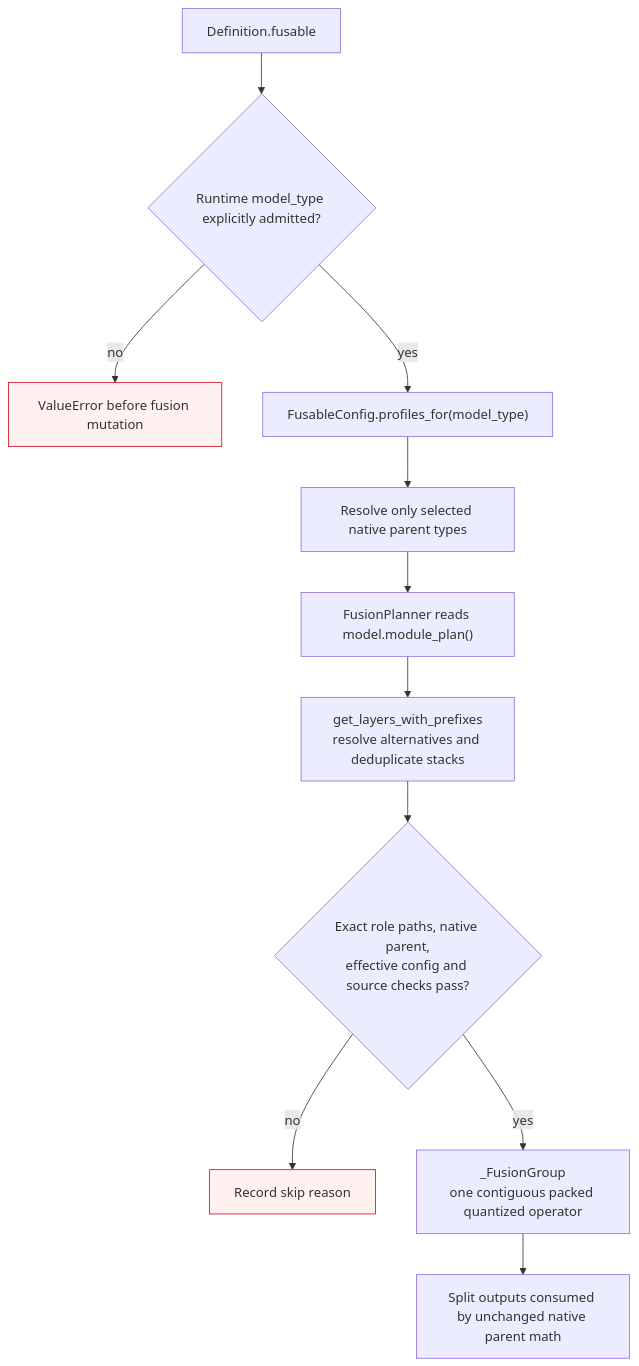
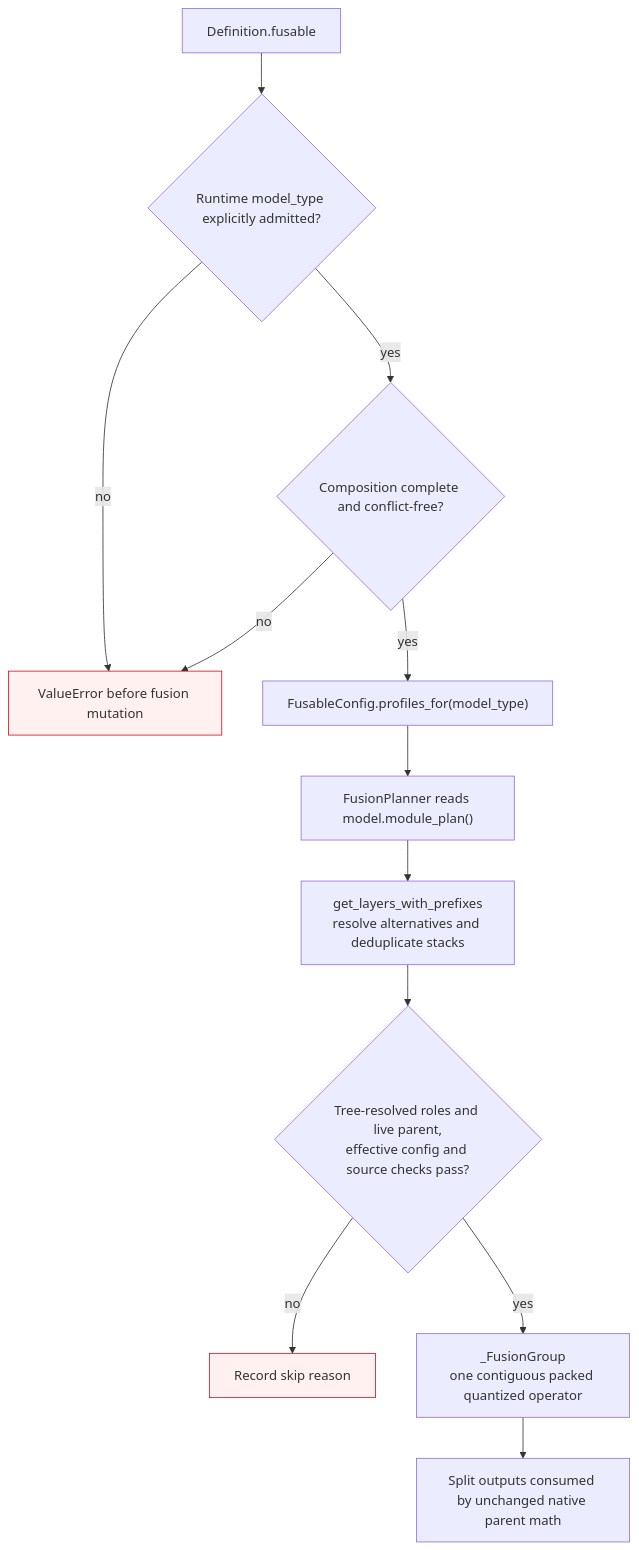
One commit to ModelCloud/GPTQModel changed the diagram in docs/fusion-model-coverage.md. Above: the diagram before and after it, drawn with Mermaid. The commit also changed other lines of this file and 93 other files, not shown here.

Commit message:
refactor(fusion): compose immutable tree-driven configs with merge

````diff
--- a/docs/fusion-model-coverage.md
+++ b/docs/fusion-model-coverage.md
@@ -28,15 +28,16 @@
 ```mermaid
 flowchart TD
     DEF["Definition.fusable"] --> TYPE{"Runtime model_type explicitly admitted?"}
     TYPE -->|"no"| REJECT["ValueError before fusion mutation"]
-    TYPE -->|"yes"| PROFILES["FusableConfig.profiles_for(model_type)"]
-    PROFILES --> IMPORT["Resolve only selected native parent types"]
-    IMPORT --> PLAN["FusionPlanner reads model.module_plan()"]
+    TYPE -->|"yes"| COMPLETE{"Composition complete and conflict-free?"}
+    COMPLETE -->|"no"| REJECT
+    COMPLETE -->|"yes"| PROFILES["FusableConfig.profiles_for(model_type)"]
+    PROFILES --> PLAN["FusionPlanner reads model.module_plan()"]
     PLAN --> LAYERS["get_layers_with_prefixes<br/>resolve alternatives and deduplicate stacks"]
-    LAYERS --> CHECK{"Exact role paths, native parent,<br/>effective config and source checks pass?"}
+    LAYERS --> CHECK{"Tree-resolved roles and live parent,<br/>effective config and source checks pass?"}
     CHECK -->|"no"| SKIP["Record skip reason"]
     CHECK -->|"yes"| GROUP["_FusionGroup<br/>one contiguous packed quantized operator"]
     GROUP --> MATH["Split outputs consumed by unchanged native parent math"]
     style REJECT fill:#fff1f0,stroke:#cf1322
     style SKIP fill:#fff1f0,stroke:#cf1322
 ```
````
